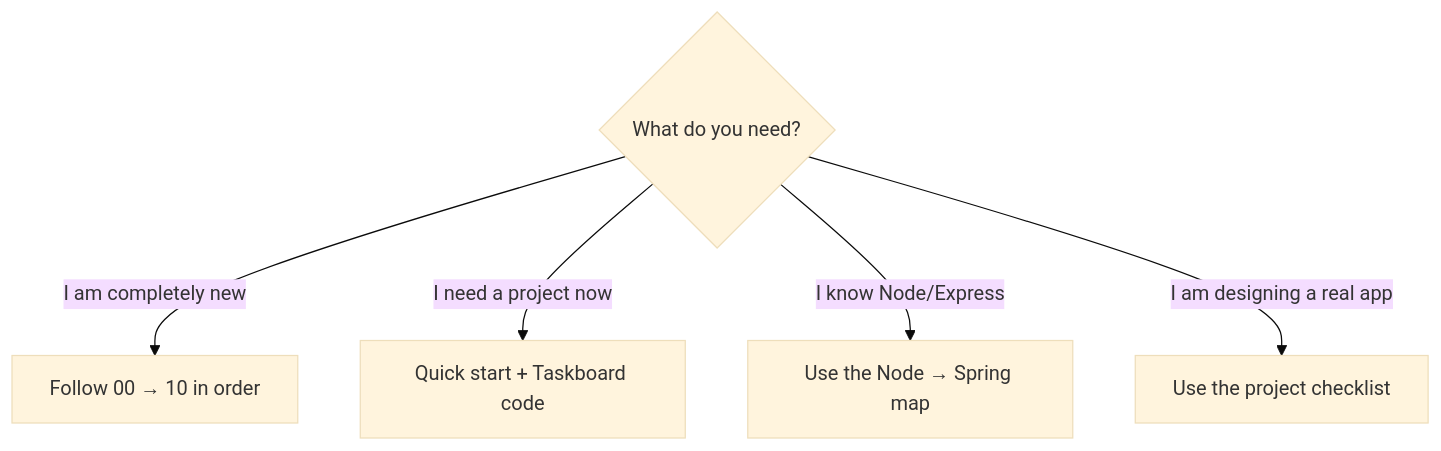
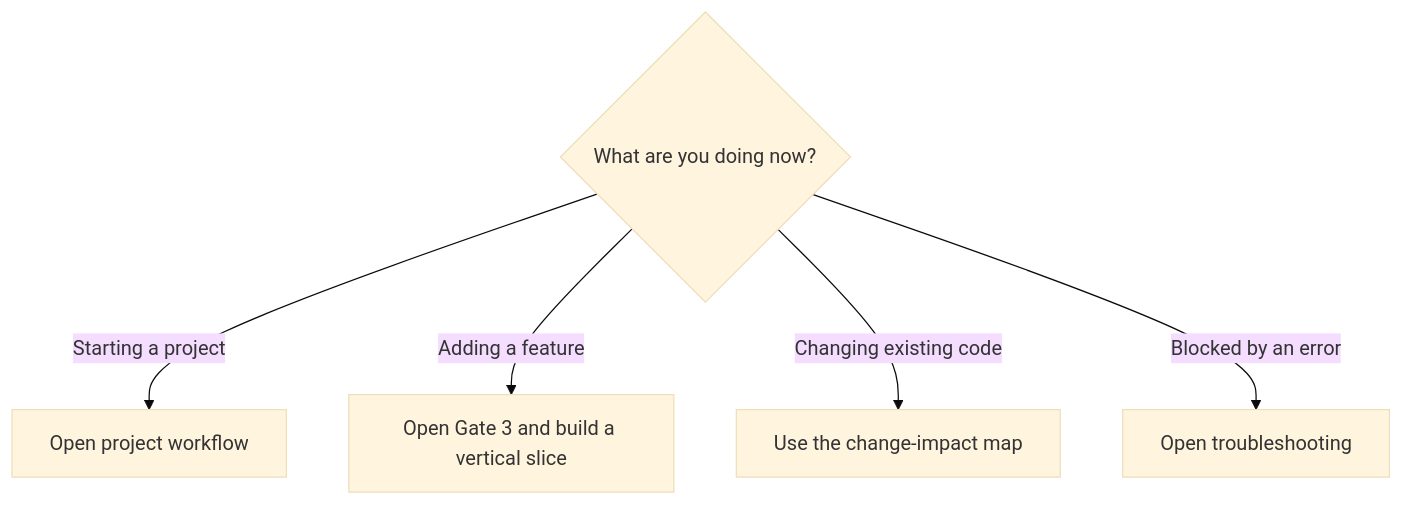
The second of 8 diagrams in README.md (SidheshwarSarangal/spring-boot-project-blueprint), drawn with Mermaid (base theme) before and after one commit. The commit also changed other lines of this file and 17 other files, not shown here.

````diff
--- a/README.md
+++ b/README.md
@@ -19,8 +19,8 @@
 ```mermaid
 flowchart TB
-    New{"What do you need?"}
-    New -->|"I am completely new"| Path["Follow 00 → 10 in order"]
-    New -->|"I need a project now"| Quick["Quick start + Taskboard code"]
-    New -->|"I know Node/Express"| Map["Use the Node → Spring map"]
-    New -->|"I am designing a real app"| Checklist["Use the project checklist"]
+    New{"What are you doing now?"}
+    New -->|"Starting a project"| Path["Open project workflow"]
+    New -->|"Adding a feature"| Feature["Open Gate 3 and build a vertical slice"]
+    New -->|"Changing existing code"| Change["Use the change-impact map"]
+    New -->|"Blocked by an error"| Fix["Open troubleshooting"]
 ```
````
